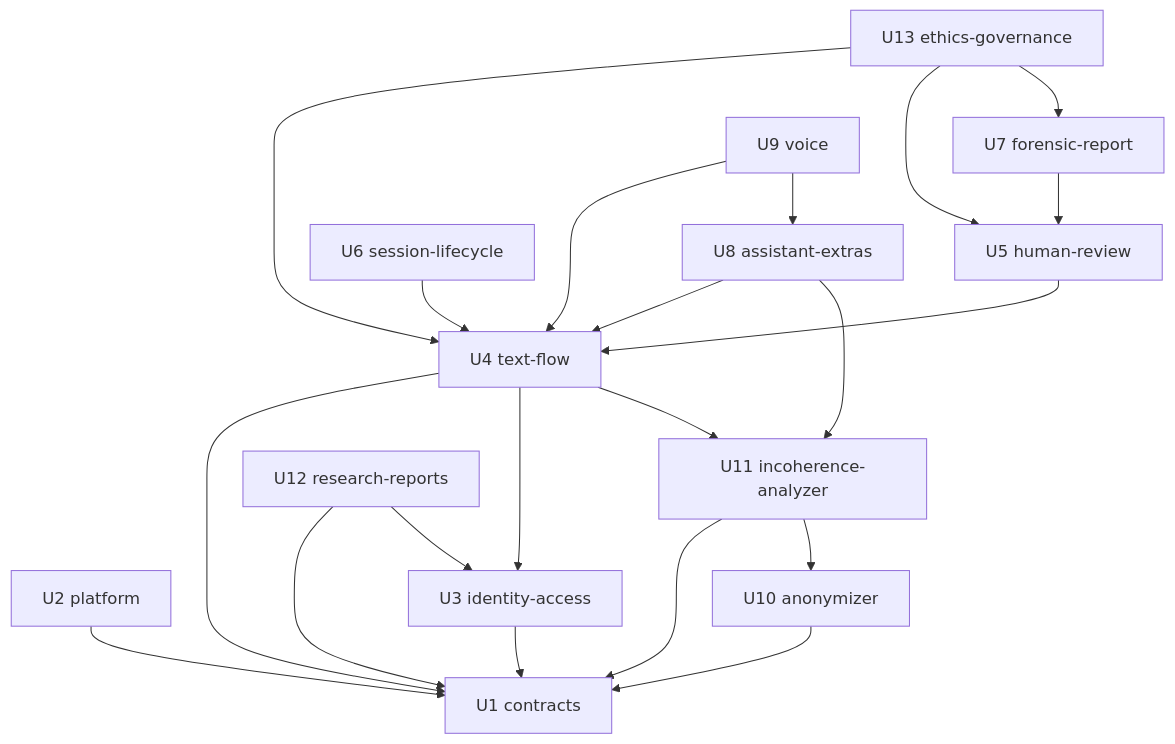
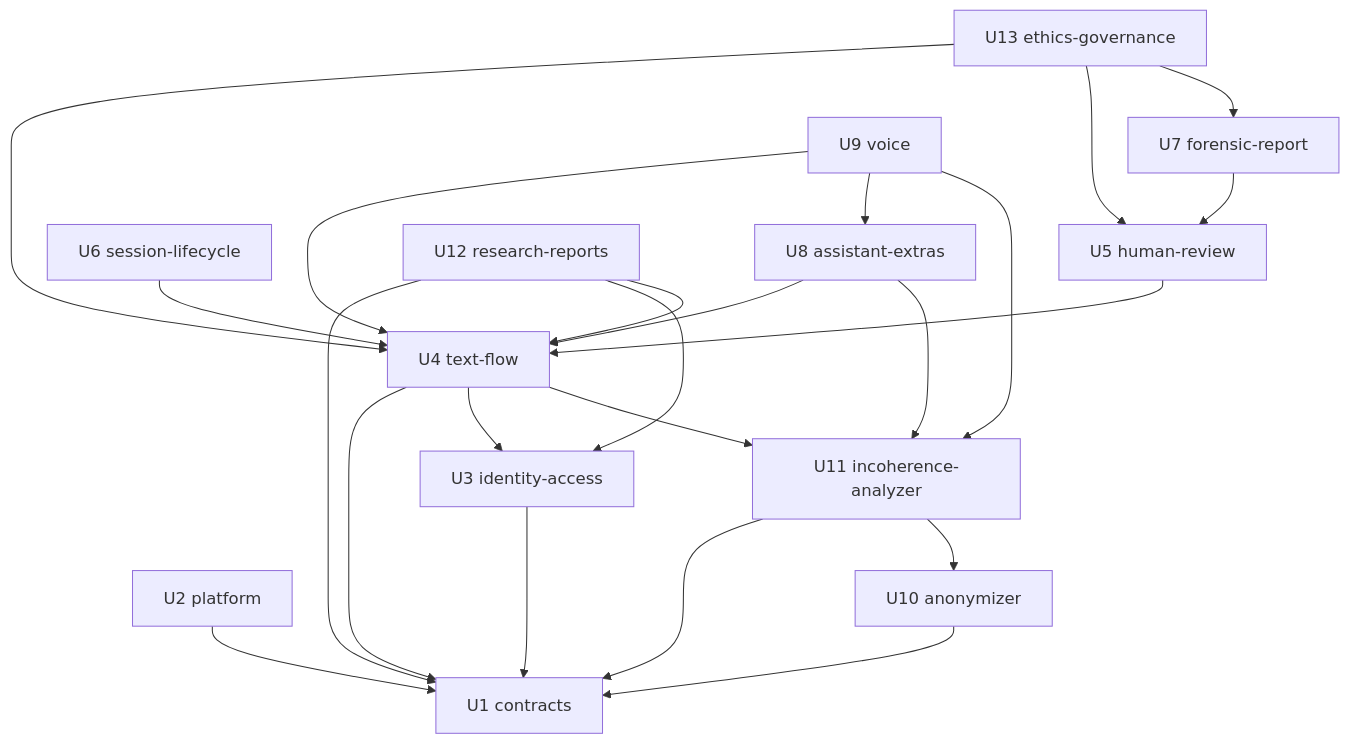
One commit to freyesJaveriana/tai changed the diagram in aidlc/spaces/default/intents/261002-veridicus-mvp/inception/units-generation/unit-of-work-dependency.md. Above: the diagram before and after it, drawn with Mermaid. The commit also changed other lines of this file and 5 other files, not shown here.

````diff
--- a/aidlc/spaces/default/intents/261002-veridicus-mvp/inception/units-generation/unit-of-work-dependency.md
+++ b/aidlc/spaces/default/intents/261002-veridicus-mvp/inception/units-generation/unit-of-work-dependency.md
@@ -58,36 +58,38 @@
 ```mermaid
 graph TD
   contracts[U1 contracts]
   platform[U2 platform]
   identity[U3 identity-access]
   textflow[U4 text-flow]
   review[U5 human-review]
   lifecycle[U6 session-lifecycle]
   report[U7 forensic-report]
   extras[U8 assistant-extras]
   voice[U9 voice]
   anon[U10 anonymizer]
   analyzer[U11 incoherence-analyzer]
   research[U12 research-reports]
   ethics[U13 ethics-governance]
   platform --> contracts
   identity --> contracts
   anon --> contracts
   analyzer --> contracts
   analyzer --> anon
   textflow --> contracts
   textflow --> identity
   textflow --> analyzer
   review --> textflow
   lifecycle --> textflow
   report --> review
   extras --> textflow
   extras --> analyzer
   voice --> textflow
   voice --> extras
+  voice --> analyzer
   research --> contracts
   research --> identity
+  research --> textflow
   ethics --> textflow
   ethics --> review
   ethics --> report
 ```
````
